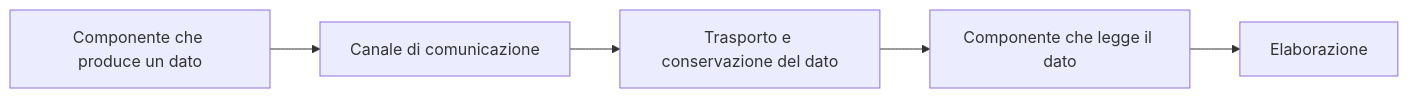
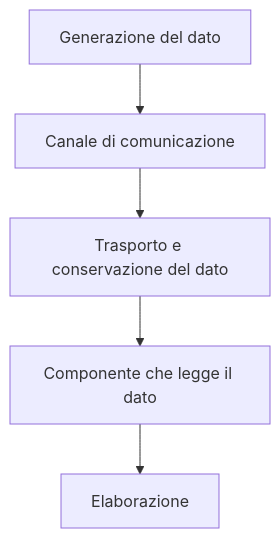
One commit to giuliacacciamani17/redpanda-agentic-smart-factory changed the first of 2 diagrams in docs/02-agentic-data-plane.md. Above: the diagram before and after it, drawn with Mermaid. The commit also changed other lines of this file and 2 other files, not shown here.

````diff
--- a/docs/02-agentic-data-plane.md
+++ b/docs/02-agentic-data-plane.md
@@ -11,13 +13,13 @@
 ```mermaid
-flowchart LR
-    A["Componente che produce un dato"]
+flowchart TD
+    A["Generazione del dato"]
     B["Canale di comunicazione"]
     C["Trasporto e conservazione del dato"]
     D["Componente che legge il dato"]
     E["Elaborazione"]
 
     A --> B
     B --> C
     C --> D
     D --> E
 ```
````
